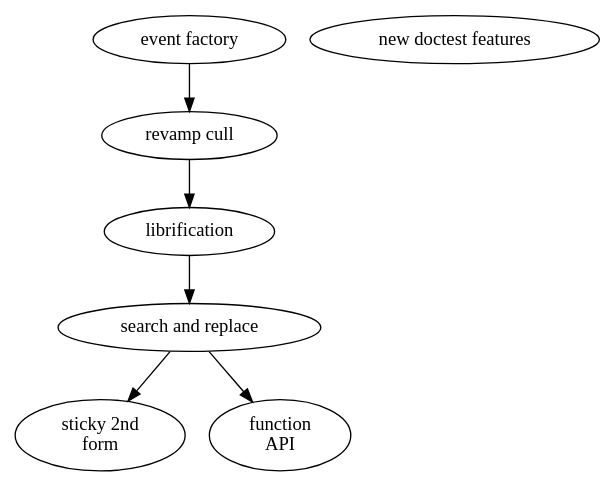
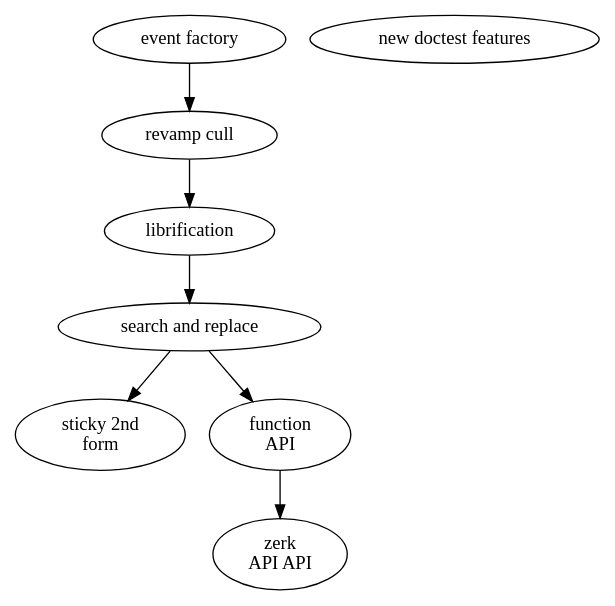
Before and after one commit to hipe/tmx: the diagram in doc/the-big-picture-of-now-02.dot, drawn with Graphviz. The commit also changed 9 other files, not shown here.

First line of the commit message:
[br] beginnings of zerk API API. (.. 2559)

```diff
--- a/doc/the-big-picture-of-now-02.dot
+++ b/doc/the-big-picture-of-now-02.dot
@@ -1,22 +1,25 @@
 digraph {
 
   lib [label="librification"]
 
   dct [label="new doctest features"]
 
   ev [label="event factory"]
 
   cu [label="revamp cull"]
 
   sr [label="search and replace"]
 
   st [label="sticky 2nd\nform"]
 
   fu [label="function\nAPI"]
 
+  API [label="zerk\nAPI API"]
+
   cu->lib
   ev->cu
   lib->sr
   sr->st
   sr->fu
+  fu->API
 }
```
